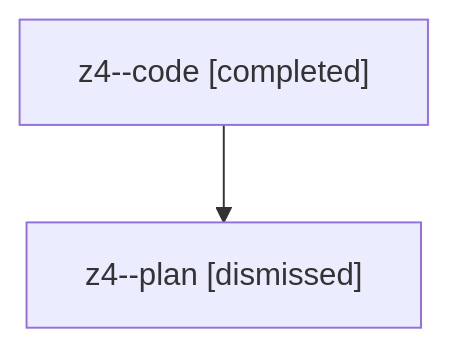
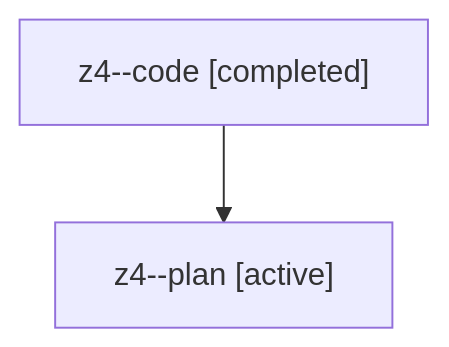
The diagram in families/bbugyi200.athena.z4.md (bobs-org/bob-cli--agents), drawn with Mermaid before and after one commit. The commit also changed other lines of this file and 1279 other files, not shown here.

````diff
--- a/families/bbugyi200.athena.z4.md
+++ b/families/bbugyi200.athena.z4.md
@@ -9,6 +9,6 @@
 ```mermaid
 flowchart TD
   n0["z4--code [completed]"]
-  n1["z4--plan [dismissed]"]
+  n1["z4--plan [active]"]
   n0 --> n1
 ```
````
